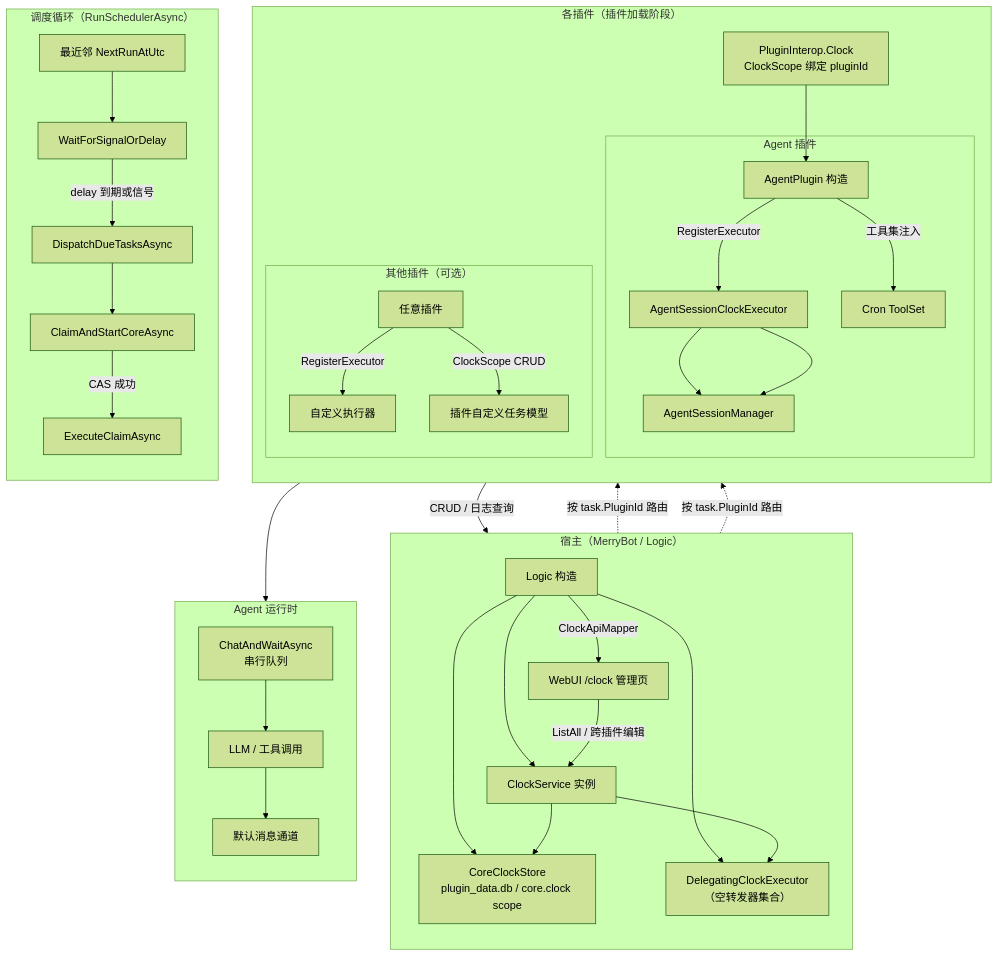
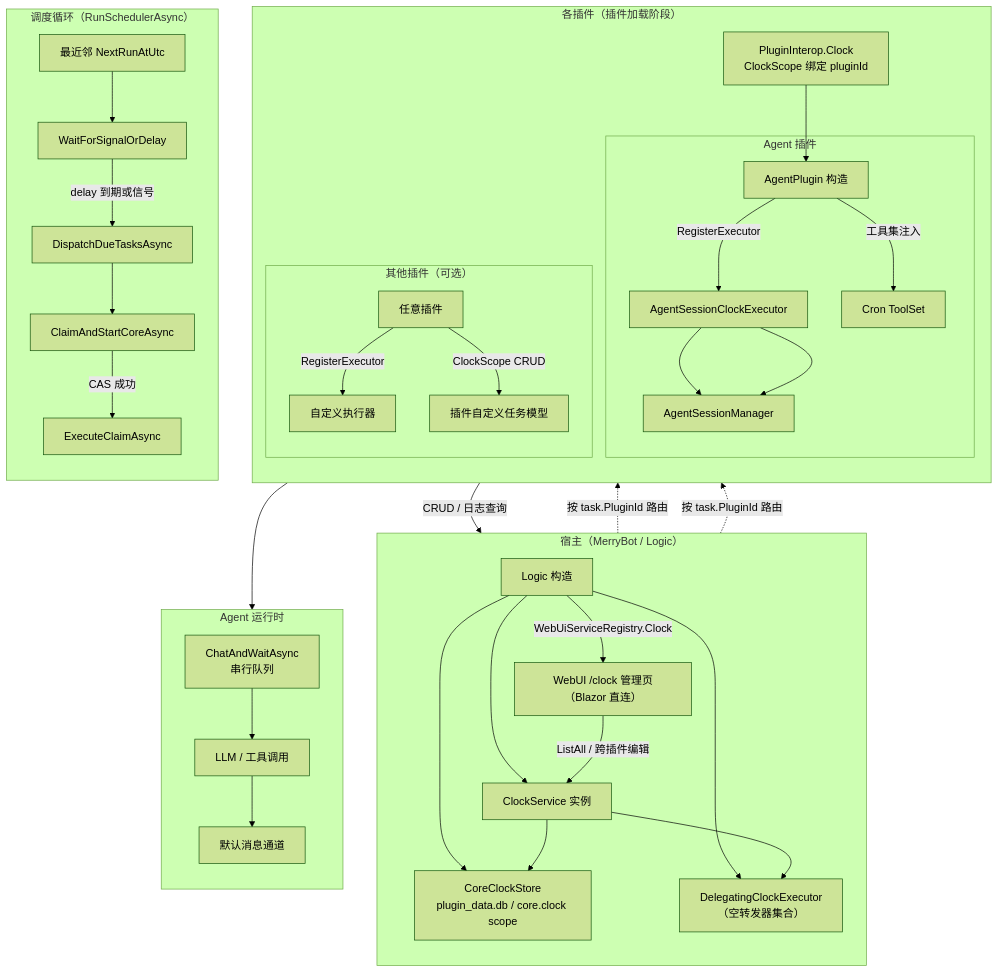
The diagram in docs/agent/clock.md (57UU/MerryBot), drawn with Mermaid (forest theme) before and after one commit. The commit also changed other lines of this file and 54 other files, not shown here.

First line of the commit message:
refactor(webui): Blazor 页面直连进程内服务，删除 HTTP API 中转层

````diff
--- a/docs/agent/clock.md
+++ b/docs/agent/clock.md
@@ -17,54 +17,54 @@
 ```mermaid
 flowchart TD
     subgraph Host["宿主（MerryBot / Logic）"]
         direction TB
         L[Logic 构造] --> CS[ClockService 实例]
         L --> ST[CoreClockStore<br/>plugin_data.db / core.clock scope]
         L --> DE[DelegatingClockExecutor<br/>（空转发器集合）]
-        L -->|ClockApiMapper| WUI[WebUI /clock 管理页]
+        L -->|WebUiServiceRegistry.Clock| WUI[WebUI /clock 管理页（Blazor 直连）]
     end
 
     subgraph Plugin["各插件（插件加载阶段）"]
         direction TB
         IP[PluginInterop.Clock<br/>ClockScope 绑定 pluginId] --> AP
         subgraph AgentPlugin区["Agent 插件"]
             AP[AgentPlugin 构造] -->|RegisterExecutor| ASE[AgentSessionClockExecutor]
             ASE --> SM[AgentSessionManager]
             AP -->|工具集注入| Cron[Cron ToolSet]
         end
         subgraph OtherPlugins["其他插件（可选）"]
             OP[任意插件] -->|RegisterExecutor| OE[自定义执行器]
             OP -->|ClockScope CRUD| OT[插件自定义任务模型]
         end
     end
 
     subgraph Scheduler["调度循环（RunSchedulerAsync）"]
         direction TB
         NN[最近邻 NextRunAtUtc]
         WAIT[WaitForSignalOrDelay]
         DISP[DispatchDueTasksAsync]
         CLAIM[ClaimAndStartCoreAsync]
         EXEC[ExecuteClaimAsync]
         NN --> WAIT
         WAIT -->|delay 到期或信号| DISP
         DISP --> CLAIM
         CLAIM -->|CAS 成功| EXEC
     end
 
     subgraph LLM["Agent 运行时"]
         direction TB
         CW[ChatAndWaitAsync<br/>串行队列]
         LLM_REQ[LLM / 工具调用]
         CH[默认消息通道]
         CW --> LLM_REQ --> CH
     end
 
     CS --> ST
     CS --> DE
     DE -.->|按 task.PluginId 路由| ASE
     DE -.->|按 task.PluginId 路由| OE
     Cron -->|CRUD / 日志查询| CS
     ASE --> SM
     SM --> CW
     WUI -->|ListAll / 跨插件编辑| CS
 ```
````
